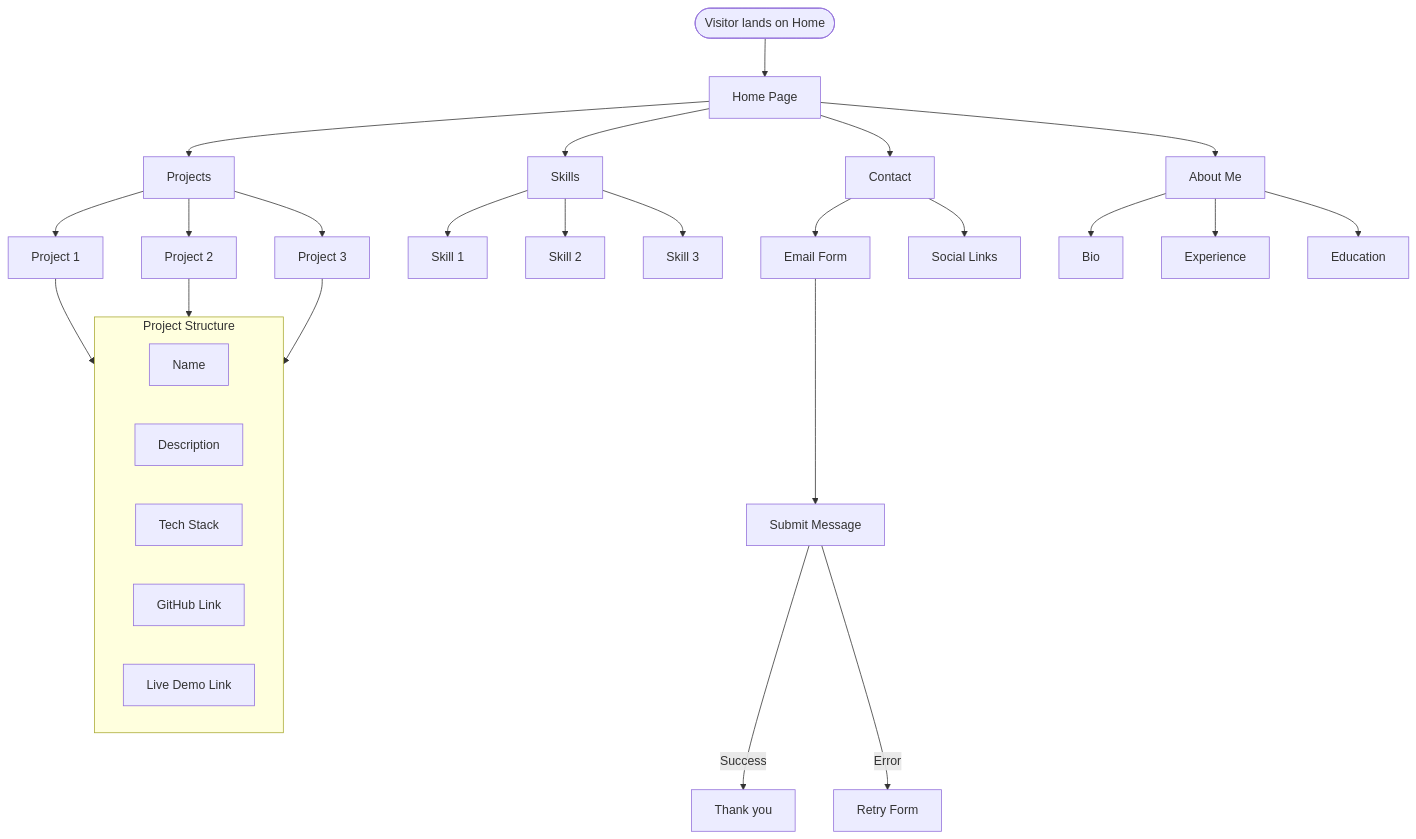
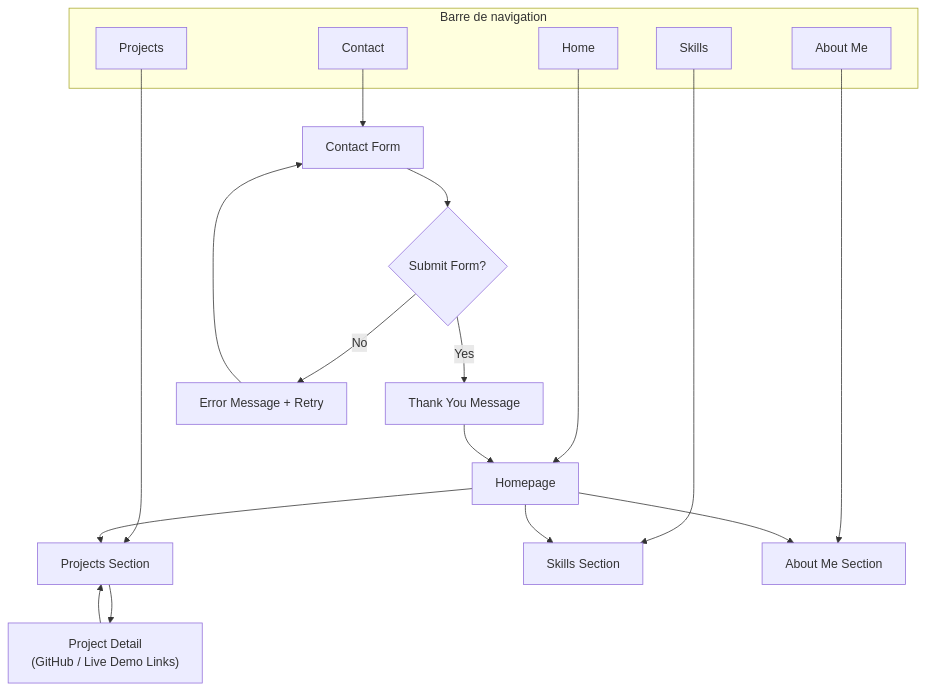
One commit to ayoub21dev/Portfolio changed the diagram in Conseptoin/Conception.mmd. Above: the diagram before and after it, drawn with Mermaid.

Commit message:
update(diagrame)

```diff
--- a/Conseptoin/Conception.mmd
+++ b/Conseptoin/Conception.mmd
@@ -1,43 +1,34 @@
 flowchart TD
-    %% Home Page as central hub
-    A[Home Page] --> B[Projects]
-    A --> C[Skills]
-    A --> D[Contact]
-    A --> E[About Me]
 
-    %% Projects Section
-    B --> B1[Project 1]
-    B --> B2[Project 2]
-    B --> B3[Project 3]
+    subgraph NavBar [Barre de navigation]
+        NavA[Home]
+        NavB[Projects]
+        NavC[Skills]
+        NavD[About Me]
+        NavE[Contact]
+    end
 
-    %% Each Project Structure
-    subgraph Project_Details [Project Structure]
-        P1[Name]
-        P2[Description]
-        P3[Tech Stack]
-        P4[GitHub Link]
-        P5[Live Demo Link]
-    end
-    B1 --> Project_Details
-    B2 --> Project_Details
-    B3 --> Project_Details
+    PageA[Homepage]
+    PageB[Projects Section]
+    PageC[Skills Section]
+    PageD[About Me Section]
+    PageE[Contact Form]
 
-    %% Skills Section
-    C --> C1[Skill 1]
-    C --> C2[Skill 2]
-    C --> C3[Skill 3]
+    NavA --> PageA
+    NavB --> PageB
+    NavC --> PageC
+    NavD --> PageD
+    NavE --> PageE
 
-    %% Contact Section
-    D --> D1[Email Form]
-    D --> D2[Social Links]
-
-    %% About Me Section
-    E --> E1[Bio]
-    E --> E2[Experience]
-    E --> E3[Education]
-
-    %% User Flow
-    Start([Visitor lands on Home]) --> A
-    D1 --> Action2[Submit Message]
-    Action2 -->|Success| F[Thank you ]
-    Action2 -->|Error| G[Retry Form]
+    PageA --> PageB
+    PageA --> PageC
+    PageA --> PageD
+    
+    PageB --> P["Project Detail <br/> (GitHub / Live Demo Links)"]
+    P --> PageB 
+    
+    PageE --> S{Submit Form?}
+    S -- Yes --> TY[Thank You Message]
+    S -- No --> ERR[Error Message + Retry]
+    ERR --> PageE
+    TY --> PageA
```
